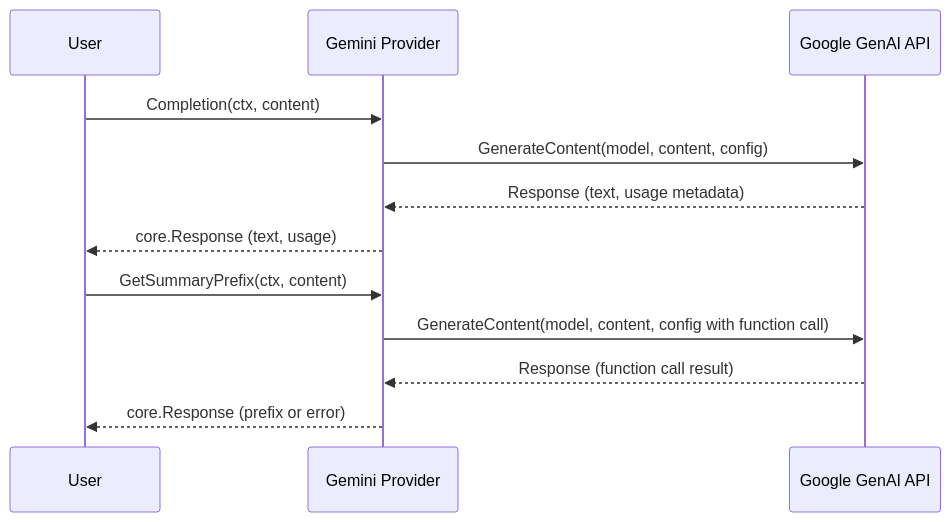
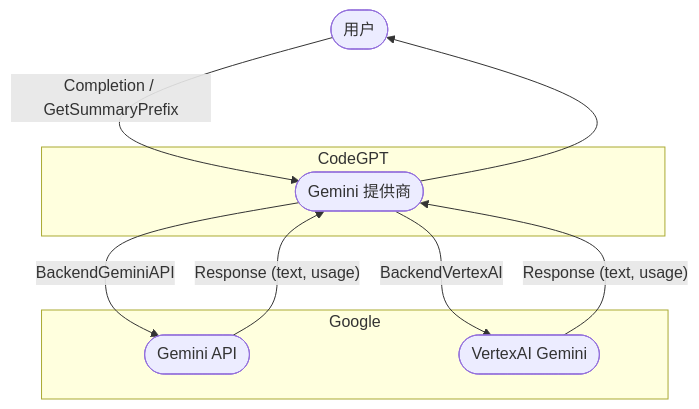
Before and after one commit to appleboy/CodeGPT: the diagram in README.zh-cn.md, drawn with Mermaid. The commit also changed other lines of this file and 2 other files, not shown here.

First line of the commit message:
docs: document Gemini and VertexAI provider setup and usage

````diff
--- a/README.zh-cn.md
+++ b/README.zh-cn.md
@@ -234,16 +270,21 @@
 ```mermaid
-sequenceDiagram
-    participant User
-    participant GeminiClient as Gemini Provider
-    participant GenAI as Google GenAI API
+flowchart TD
+    User([用户])
+    subgraph CodeGPT
+      GeminiClient([Gemini 提供商])
+    end
+    subgraph Google
+      GeminiAPI([Gemini API])
+      VertexAI([VertexAI Gemini])
+    end
 
-    User->>GeminiClient: Completion(ctx, content)
-    GeminiClient->>GenAI: GenerateContent(model, content, config)
-    GenAI-->>GeminiClient: Response (text, usage metadata)
-    GeminiClient-->>User: core.Response (text, usage)
+    User -->|Completion / GetSummaryPrefix| GeminiClient
 
-    User->>GeminiClient: GetSummaryPrefix(ctx, content)
-    GeminiClient->>GenAI: GenerateContent(model, content, config with function call)
-    GenAI-->>GeminiClient: Response (function call result)
-    GeminiClient-->>User: core.Response (prefix or error)
+    GeminiClient -- BackendGeminiAPI --> GeminiAPI
+    GeminiAPI -- Response (text, usage) --> GeminiClient
+
+    GeminiClient -- BackendVertexAI --> VertexAI
+    VertexAI -- Response (text, usage) --> GeminiClient
+
+    GeminiClient --> User
 ```
````
